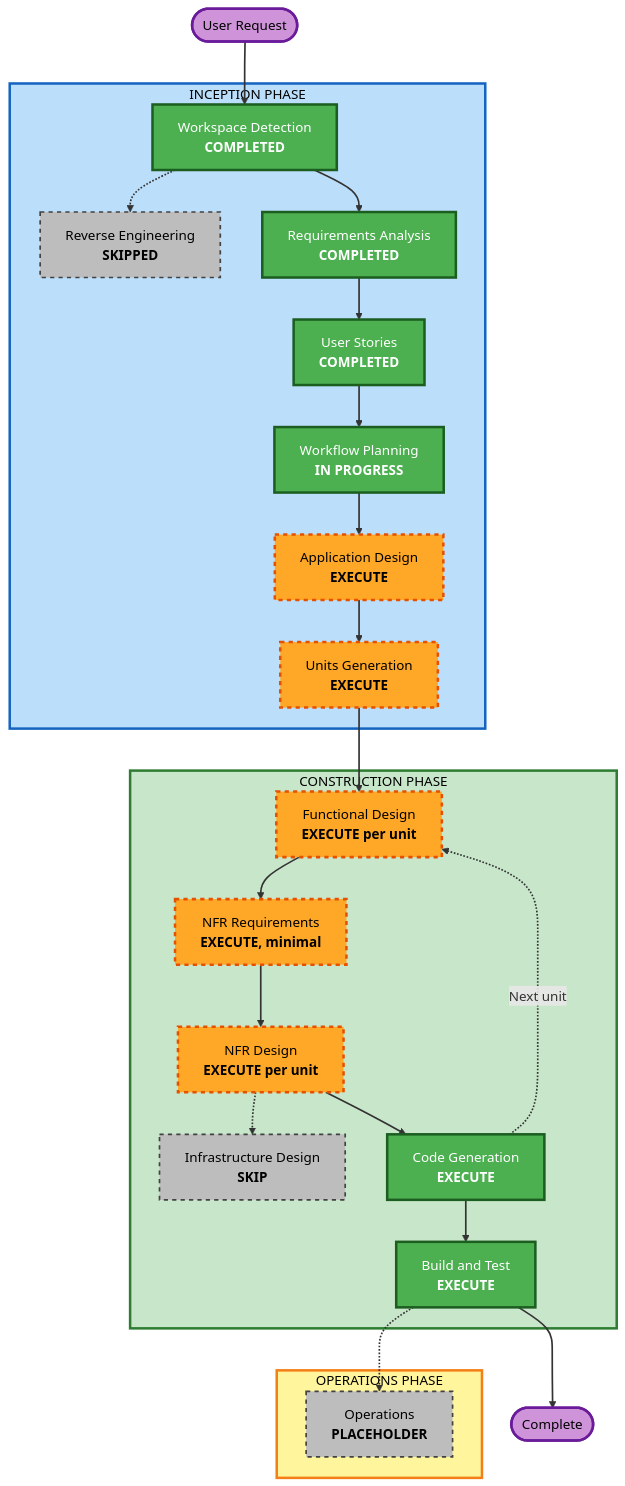
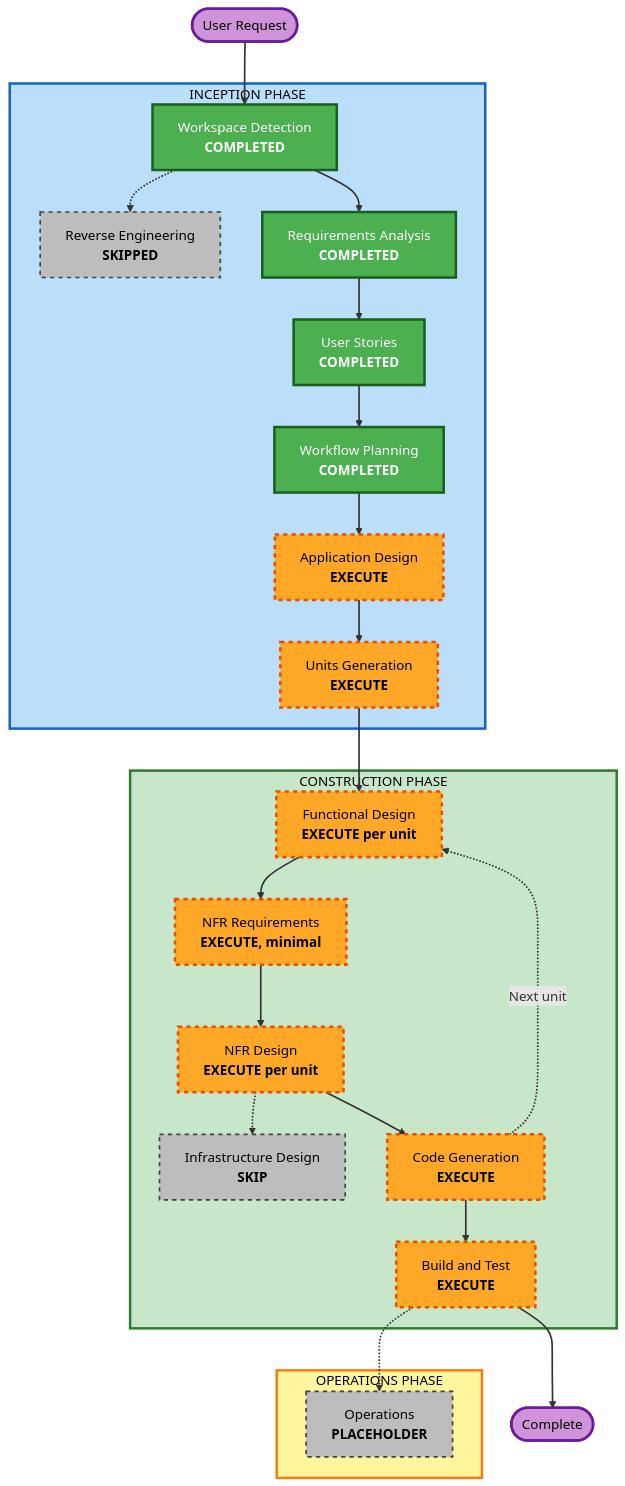
One commit to Arjun-Saini/INFO-5940-Project changed the diagram in aidlc-docs/inception/plans/execution-plan.md. Above: the diagram before and after it, drawn with Mermaid. The commit also changed other lines of this file and 9 other files, not shown here.

````diff
--- a/aidlc-docs/inception/plans/execution-plan.md
+++ b/aidlc-docs/inception/plans/execution-plan.md
@@ -42,66 +42,66 @@
 ```mermaid
 flowchart TD
     Start(["User Request"])
 
     subgraph INCEPTION["INCEPTION PHASE"]
         WD["Workspace Detection<br/><b>COMPLETED</b>"]
         RE["Reverse Engineering<br/><b>SKIPPED</b>"]
         RA["Requirements Analysis<br/><b>COMPLETED</b>"]
         US["User Stories<br/><b>COMPLETED</b>"]
-        WP["Workflow Planning<br/><b>IN PROGRESS</b>"]
+        WP["Workflow Planning<br/><b>COMPLETED</b>"]
         AD["Application Design<br/><b>EXECUTE</b>"]
         UG["Units Generation<br/><b>EXECUTE</b>"]
     end
 
     subgraph CONSTRUCTION["CONSTRUCTION PHASE"]
         FD["Functional Design<br/><b>EXECUTE per unit</b>"]
         NFRA["NFR Requirements<br/><b>EXECUTE, minimal</b>"]
         NFRD["NFR Design<br/><b>EXECUTE per unit</b>"]
         ID["Infrastructure Design<br/><b>SKIP</b>"]
         CG["Code Generation<br/><b>EXECUTE</b>"]
         BT["Build and Test<br/><b>EXECUTE</b>"]
     end
 
     subgraph OPERATIONS["OPERATIONS PHASE"]
         OPS["Operations<br/><b>PLACEHOLDER</b>"]
     end
 
     Start --> WD
     WD -.-> RE
     WD --> RA
     RA --> US
     US --> WP
     WP --> AD
     AD --> UG
     UG --> FD
     FD --> NFRA
     NFRA --> NFRD
     NFRD -.-> ID
     NFRD --> CG
     CG -.->|Next unit| FD
     CG --> BT
     BT -.-> OPS
     BT --> End(["Complete"])
 
     style WD fill:#4CAF50,stroke:#1B5E20,stroke-width:3px,color:#fff
     style RA fill:#4CAF50,stroke:#1B5E20,stroke-width:3px,color:#fff
     style US fill:#4CAF50,stroke:#1B5E20,stroke-width:3px,color:#fff
     style WP fill:#4CAF50,stroke:#1B5E20,stroke-width:3px,color:#fff
-    style CG fill:#4CAF50,stroke:#1B5E20,stroke-width:3px,color:#fff
-    style BT fill:#4CAF50,stroke:#1B5E20,stroke-width:3px,color:#fff
+    style CG fill:#FFA726,stroke:#E65100,stroke-width:3px,stroke-dasharray: 5 5,color:#000
+    style BT fill:#FFA726,stroke:#E65100,stroke-width:3px,stroke-dasharray: 5 5,color:#000
     style RE fill:#BDBDBD,stroke:#424242,stroke-width:2px,stroke-dasharray: 5 5,color:#000
     style ID fill:#BDBDBD,stroke:#424242,stroke-width:2px,stroke-dasharray: 5 5,color:#000
     style AD fill:#FFA726,stroke:#E65100,stroke-width:3px,stroke-dasharray: 5 5,color:#000
     style UG fill:#FFA726,stroke:#E65100,stroke-width:3px,stroke-dasharray: 5 5,color:#000
     style FD fill:#FFA726,stroke:#E65100,stroke-width:3px,stroke-dasharray: 5 5,color:#000
     style NFRA fill:#FFA726,stroke:#E65100,stroke-width:3px,stroke-dasharray: 5 5,color:#000
     style NFRD fill:#FFA726,stroke:#E65100,stroke-width:3px,stroke-dasharray: 5 5,color:#000
     style OPS fill:#BDBDBD,stroke:#424242,stroke-width:2px,stroke-dasharray: 5 5,color:#000
     style INCEPTION fill:#BBDEFB,stroke:#1565C0,stroke-width:3px,color:#000
     style CONSTRUCTION fill:#C8E6C9,stroke:#2E7D32,stroke-width:3px,color:#000
     style OPERATIONS fill:#FFF59D,stroke:#F57F17,stroke-width:3px,color:#000
     style Start fill:#CE93D8,stroke:#6A1B9A,stroke-width:3px,color:#000
     style End fill:#CE93D8,stroke:#6A1B9A,stroke-width:3px,color:#000
 
     linkStyle default stroke:#333,stroke-width:2px
 ```
````
